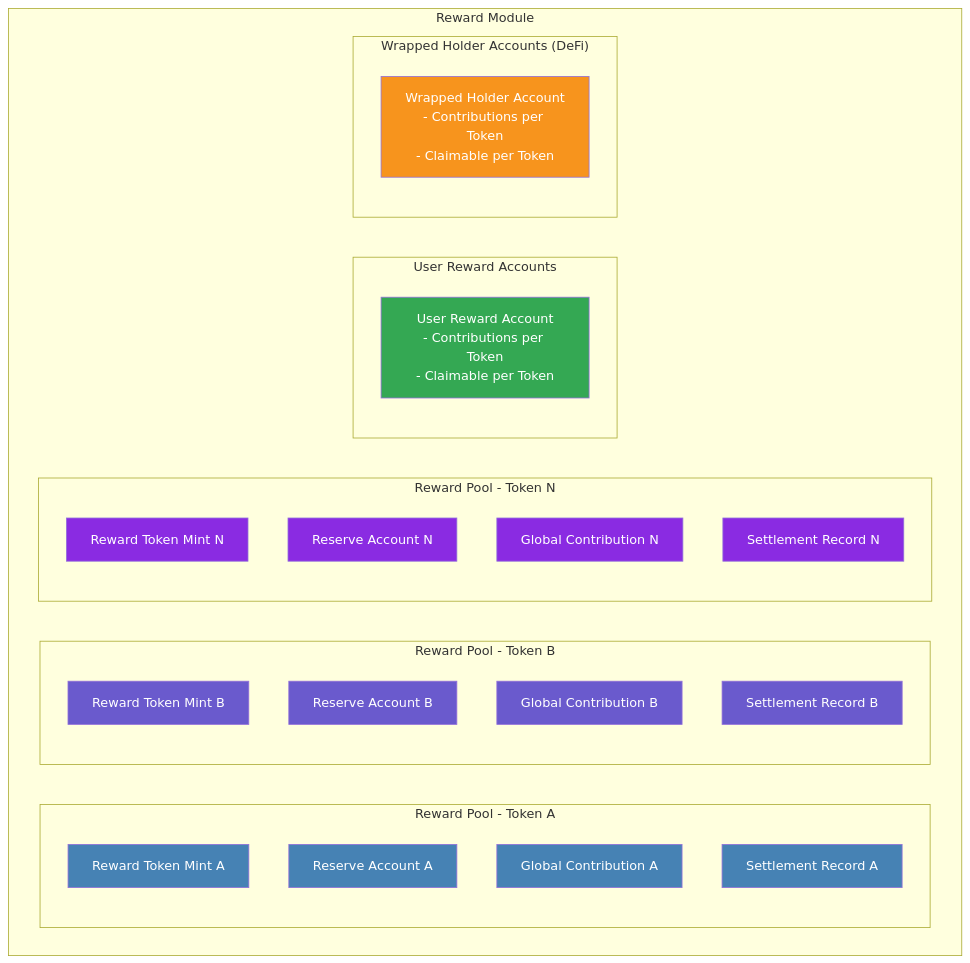
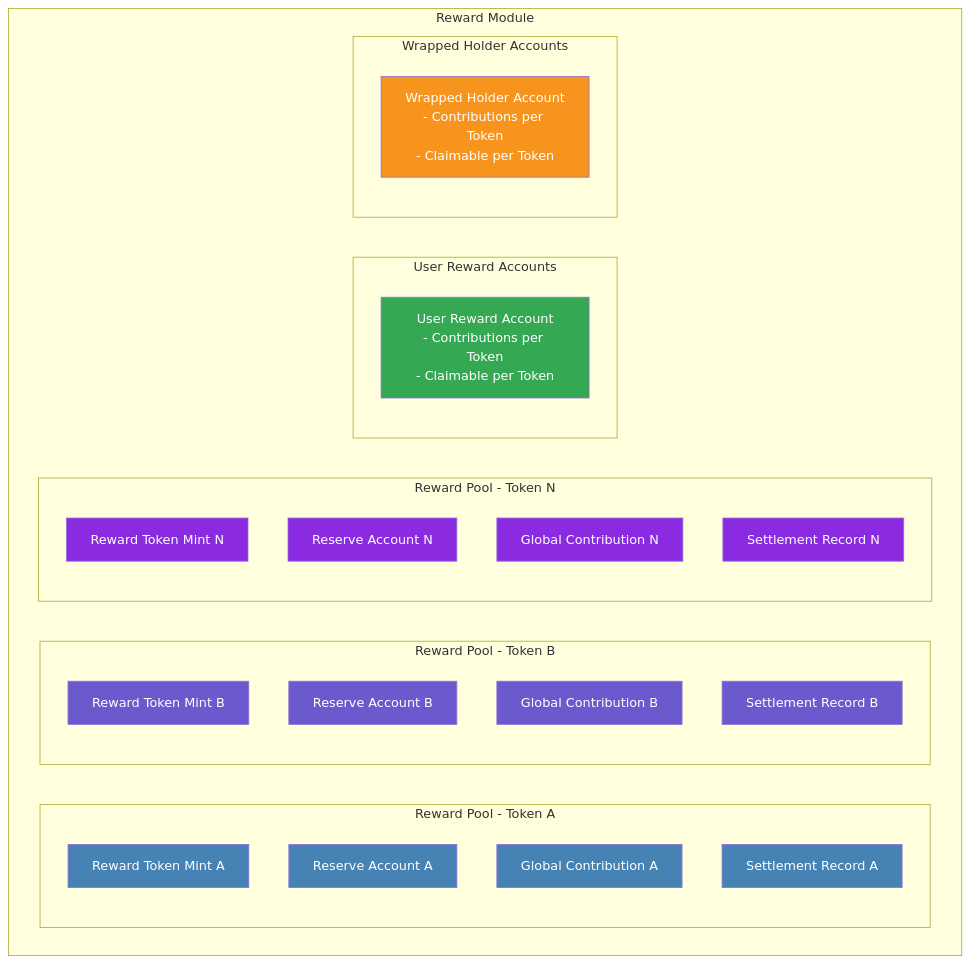
One commit to MarkHuang12/EGG changed the diagram in protocol/module/reward/reward-pool.mdx. Above: the diagram before and after it, drawn with Mermaid.

Commit message:
Documentation edits made through Mintlify web editor

````diff
--- a/protocol/module/reward/reward-pool.mdx
+++ b/protocol/module/reward/reward-pool.mdx
@@ -11,48 +11,48 @@
 ```mermaid
 graph TD
 
 subgraph Reward Module
 
   subgraph Reward_Pool_A ["Reward Pool - Token A"]
     RewardTokenA["Reward Token Mint A"]
     RewardReserveA["Reserve Account A"]
     GlobalContributionA["Global Contribution A"]
     RewardSettlementA["Settlement Record A"]
   end
   
   subgraph Reward_Pool_B ["Reward Pool - Token B"]
     RewardTokenB["Reward Token Mint B"]
     RewardReserveB["Reserve Account B"]
     GlobalContributionB["Global Contribution B"]
     RewardSettlementB["Settlement Record B"]
   end
 
   subgraph Reward_Pool_N ["Reward Pool - Token N"]
     RewardTokenN["Reward Token Mint N"]
     RewardReserveN["Reserve Account N"]
     GlobalContributionN["Global Contribution N"]
     RewardSettlementN["Settlement Record N"]
   end
 
   subgraph User_Reward_Accounts ["User Reward Accounts"]
     UserRewardAccount["User Reward Account<br>- Contributions per Token<br>- Claimable per Token"]
   end
 
-  subgraph Wrapped_Holder_Accounts ["Wrapped Holder Accounts (DeFi)"]
+  subgraph Wrapped_Holder_Accounts ["Wrapped Holder Accounts"]
     WrappedHolderAccount["Wrapped Holder Account<br>- Contributions per Token<br>- Claimable per Token"]
   end
 
 end
 
 classDef poolA fill:#4682B4,color:#fff
 classDef poolB fill:#6A5ACD,color:#fff
 classDef poolN fill:#8A2BE2,color:#fff
 classDef user fill:#34A853,color:#fff
 classDef wrapped fill:#F7941D,color:#fff
 
 class RewardTokenA,RewardReserveA,GlobalContributionA,RewardSettlementA poolA
 class RewardTokenB,RewardReserveB,GlobalContributionB,RewardSettlementB poolB
 class RewardTokenN,RewardReserveN,GlobalContributionN,RewardSettlementN poolN
 class UserRewardAccount user
 class WrappedHolderAccount wrapped
 ```
````
